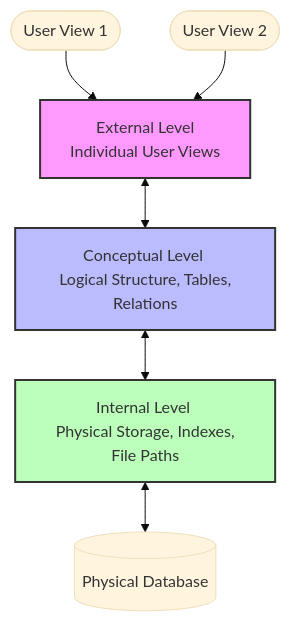
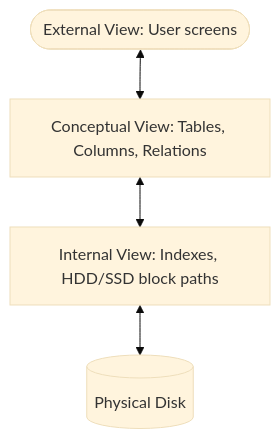
One commit to Sumitraj28/combinatorial_Studies changed the first of 2 diagrams in Unit_3_DBMS/notes.md. Above: the diagram before and after it, drawn with Mermaid (base theme). The commit also changed other lines of this file and 7 other files, not shown here.

````diff
--- a/Unit_3_DBMS/notes.md
+++ b/Unit_3_DBMS/notes.md
@@ -18,11 +54,6 @@
 ```mermaid
 graph TD
-    User1([User View 1]) & User2([User View 2]) --> External[External Level <br> Individual User Views]
-    External <--> Conceptual[Conceptual Level <br> Logical Structure, Tables, Relations]
-    Conceptual <--> Internal[Internal Level <br> Physical Storage, Indexes, File Paths]
-    Internal <--> DB[(Physical Database)]
-    
-    style External fill:#f9f,stroke:#333,stroke-width:2px
-    style Conceptual fill:#bbf,stroke:#333,stroke-width:2px
-    style Internal fill:#bfb,stroke:#333,stroke-width:2px
+    User([External View: User screens]) <--> Conceptual[Conceptual View: Tables, Columns, Relations]
+    Conceptual <--> Internal[Internal View: Indexes, HDD/SSD block paths]
+    Internal <--> DB[(Physical Disk)]
 ```
````
